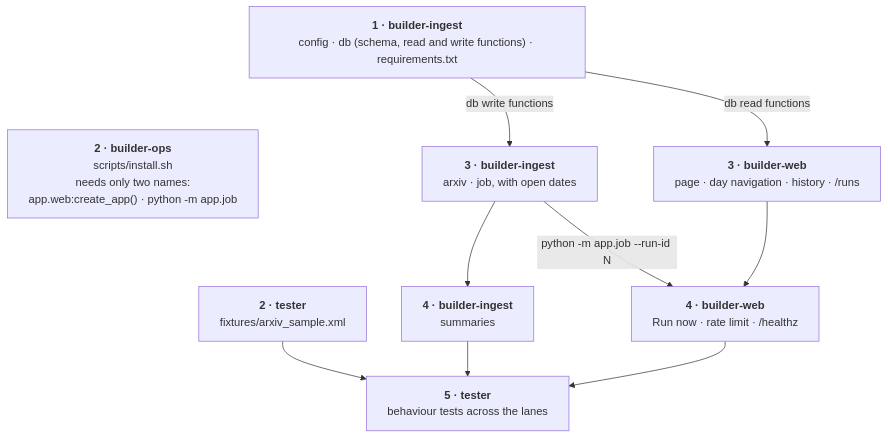
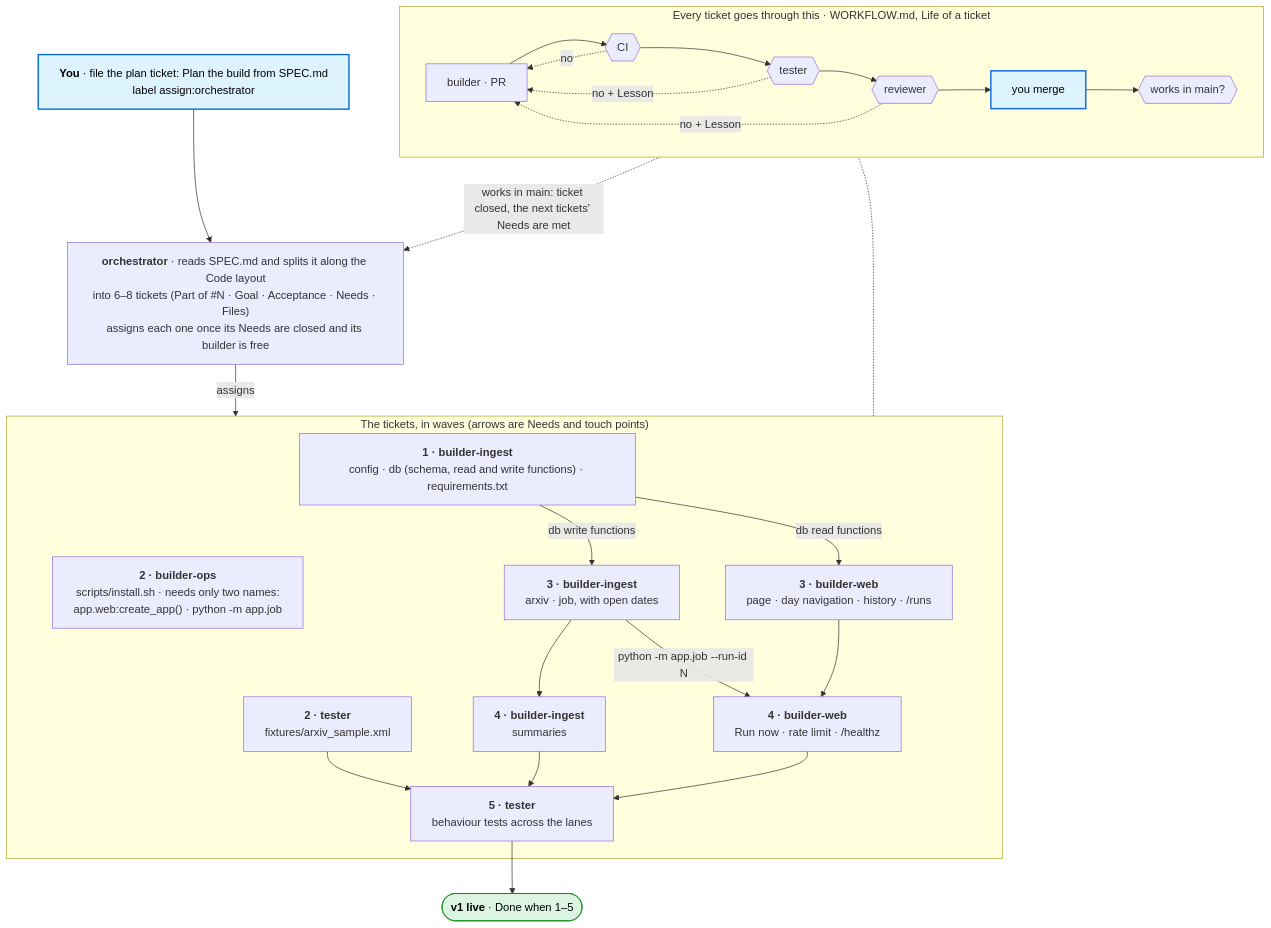
One commit to nikhil-kunapareddy/daily-briefing changed the second of 2 diagrams in SPEC.md. Above: the diagram before and after it, drawn with Mermaid. The commit also changed other lines of this file, not shown here.

Commit message:
SPEC: build diagram shows the whole team
You file the plan ticket, the orchestrator splits along the Code layout and
assigns by Needs, every ticket goes through builder, CI, tester, reviewer,
your merge and works in main (with the send-backs), and a closed ticket lets
the orchestrator assign the next wave. Matches agents/WORKFLOW.md.

````diff
--- a/SPEC.md
+++ b/SPEC.md
@@ -296,23 +297,48 @@
 ```mermaid
 %%{init: {"flowchart": {"wrappingWidth": 420}}}%%
 flowchart TD
-  W1["<b>1 · builder-ingest</b><br/>config · db (schema, read and write functions) · requirements.txt"]
-  W2T["<b>2 · tester</b><br/>fixtures/arxiv_sample.xml"]
-  W2O["<b>2 · builder-ops</b><br/>scripts/install.sh<br/>needs only two names:<br/>app.web:create_app() · python -m app.job"]
-  W3I["<b>3 · builder-ingest</b><br/>arxiv · job, with open dates"]
-  W3W["<b>3 · builder-web</b><br/>page · day navigation · history · /runs"]
-  W4I["<b>4 · builder-ingest</b><br/>summaries"]
-  W4W["<b>4 · builder-web</b><br/>Run now · rate limit · /healthz"]
-  W5["<b>5 · tester</b><br/>behaviour tests across the lanes"]
+  U["<b>You</b> · file the plan ticket: Plan the build from SPEC.md<br/>label assign:orchestrator"]
+  O["<b>orchestrator</b> · reads SPEC.md and splits it along the Code layout<br/>into 6–8 tickets (Part of #N · Goal · Acceptance · Needs · Files)<br/>assigns each one once its Needs are closed and its builder is free"]
 
-  W1 -->|"db write functions"| W3I
-  W1 -->|"db read functions"| W3W
-  W3I --> W4I
-  W3I -->|"python -m app.job --run-id N"| W4W
-  W3W --> W4W
-  W2T --> W5
-  W4I --> W5
-  W4W --> W5
-  W1 ~~~ W2O
-  W1 ~~~ W2T
+  subgraph WAVES["The tickets, in waves (arrows are Needs and touch points)"]
+    W1["<b>1 · builder-ingest</b><br/>config · db (schema, read and write functions) · requirements.txt"]
+    W2T["<b>2 · tester</b><br/>fixtures/arxiv_sample.xml"]
+    W2O["<b>2 · builder-ops</b><br/>scripts/install.sh · needs only two names:<br/>app.web:create_app() · python -m app.job"]
+    W3I["<b>3 · builder-ingest</b><br/>arxiv · job, with open dates"]
+    W3W["<b>3 · builder-web</b><br/>page · day navigation · history · /runs"]
+    W4I["<b>4 · builder-ingest</b><br/>summaries"]
+    W4W["<b>4 · builder-web</b><br/>Run now · rate limit · /healthz"]
+    W5["<b>5 · tester</b><br/>behaviour tests across the lanes"]
+    W1 -->|"db write functions"| W3I
+    W1 -->|"db read functions"| W3W
+    W3I --> W4I
+    W3I -->|"python -m app.job --run-id N"| W4W
+    W3W --> W4W
+    W1 ~~~ W2T
+    W1 ~~~ W2O
+    W2T --> W5
+    W4I --> W5
+    W4W --> W5
+  end
+
+  subgraph EACH["Every ticket goes through this · WORKFLOW.md, Life of a ticket"]
+    direction LR
+    E1["builder · PR"] --> E2{{"CI"}} --> E3{{"tester"}} --> E4{{"reviewer"}} --> E5["you merge"] --> E6{{"works in main?"}}
+  end
+
+  V(["<b>v1 live</b> · Done when 1–5"])
+
+  U --> O
+  O -->|"assigns"| WAVES
+  WAVES -.- EACH
+  EACH -.->|"works in main: ticket closed, the next tickets' Needs are met"| O
+  E2 -.->|"no"| E1
+  E3 -.->|"no + Lesson"| E1
+  E4 -.->|"no + Lesson"| E1
+  W5 --> V
+
+  classDef you fill:#ddf4ff,stroke:#0969da,stroke-width:2px,color:#000
+  classDef done fill:#dcf5e3,stroke:#0e8a16,color:#000
+  class U,E5 you
+  class V done
 ```
````
